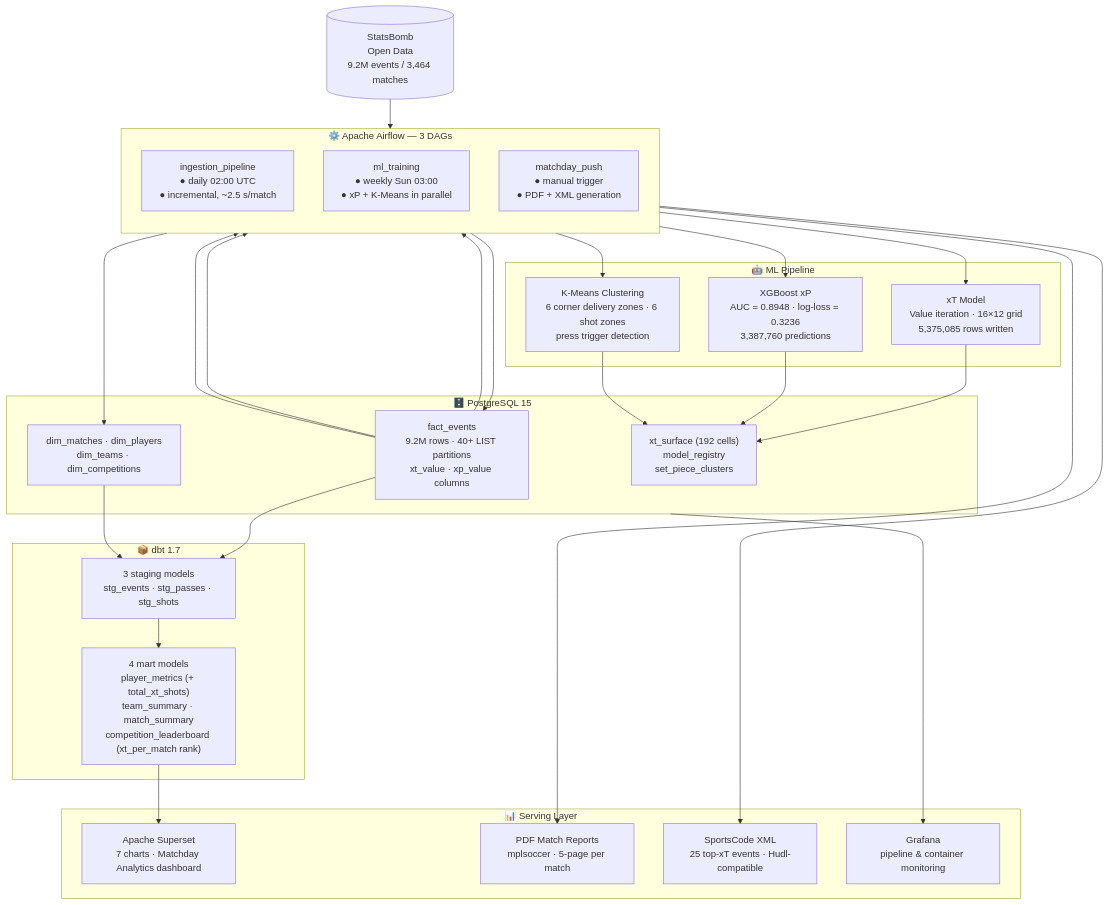
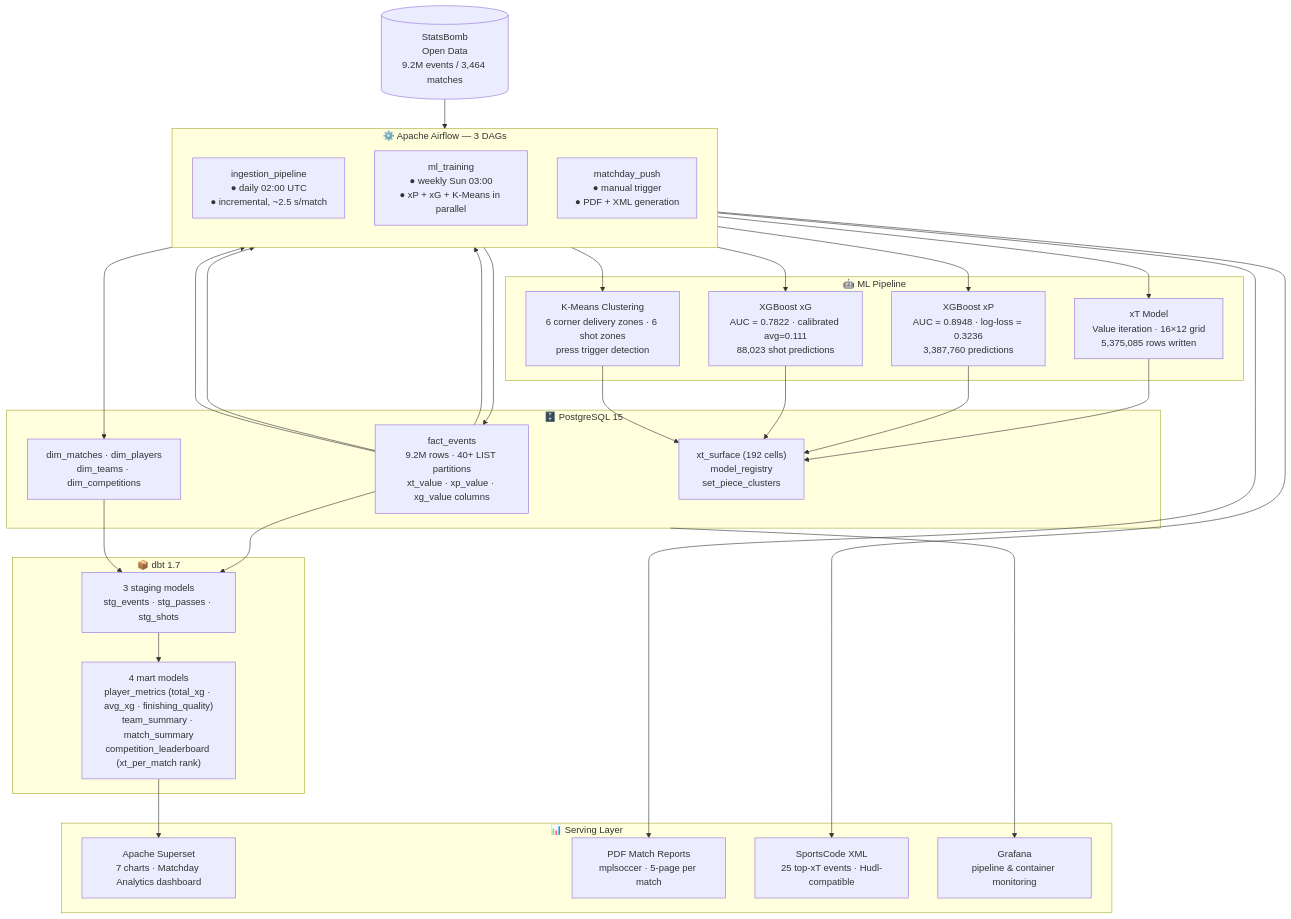
One commit to bbasaranemir/xforge changed the diagram in README.md. Above: the diagram before and after it, drawn with Mermaid. The commit also changed other lines of this file, not shown here.

First line of the commit message:
docs: update README with xG model — AUC 0.7822, calibration, finishing_quality

````diff
--- a/README.md
+++ b/README.md
@@ -30,46 +30,47 @@
 ```mermaid
 flowchart TD
     SB[("StatsBomb\nOpen Data\n9.2M events / 3,464 matches")]
 
     subgraph AIRFLOW["⚙️ Apache Airflow — 3 DAGs"]
         direction TB
         DAG1["ingestion_pipeline\n● daily 02:00 UTC\n● incremental, ~2.5 s/match"]
-        DAG2["ml_training\n● weekly Sun 03:00\n● xP + K-Means in parallel"]
+        DAG2["ml_training\n● weekly Sun 03:00\n● xP + xG + K-Means in parallel"]
         DAG3["matchday_push\n● manual trigger\n● PDF + XML generation"]
     end
 
     subgraph PG["🗄️ PostgreSQL 15"]
-        FACT["fact_events\n9.2M rows · 40+ LIST partitions\nxt_value · xp_value columns"]
+        FACT["fact_events\n9.2M rows · 40+ LIST partitions\nxt_value · xp_value · xg_value columns"]
         DIM["dim_matches · dim_players\ndim_teams · dim_competitions"]
         AUX["xt_surface (192 cells)\nmodel_registry\nset_piece_clusters"]
     end
 
     subgraph DBT["📦 dbt 1.7"]
         STG["3 staging models\nstg_events · stg_passes · stg_shots"]
-        MART["4 mart models\nplayer_metrics (+ total_xt_shots)\nteam_summary · match_summary\ncompetition_leaderboard (xt_per_match rank)"]
+        MART["4 mart models\nplayer_metrics (total_xg · avg_xg · finishing_quality)\nteam_summary · match_summary\ncompetition_leaderboard (xt_per_match rank)"]
     end
 
     subgraph ML["🤖 ML Pipeline"]
         XT["xT Model\nValue iteration · 16×12 grid\n5,375,085 rows written"]
         XP["XGBoost xP\nAUC = 0.8948 · log-loss = 0.3236\n3,387,760 predictions"]
+        XG["XGBoost xG\nAUC = 0.7822 · calibrated avg=0.111\n88,023 shot predictions"]
         KM["K-Means Clustering\n6 corner delivery zones · 6 shot zones\npress trigger detection"]
     end
 
     subgraph SERVE["📊 Serving Layer"]
         SS["Apache Superset\n7 charts · Matchday Analytics dashboard"]
         PDF["PDF Match Reports\nmplsoccer · 5-page per match"]
         XML["SportsCode XML\n25 top-xT events · Hudl-compatible"]
         GR["Grafana\npipeline & container monitoring"]
     end
 
     SB --> DAG1
     DAG1 --> FACT & DIM
     FACT --> DAG1
     FACT --> DAG2
-    DAG2 --> XT & XP & KM
-    XT & XP & KM --> AUX
+    DAG2 --> XT & XP & XG & KM
+    XT & XP & XG & KM --> AUX
     FACT & DIM --> STG --> MART
     MART --> SS
     FACT --> DAG3 --> PDF & XML
     PG --> GR
 ```
````
